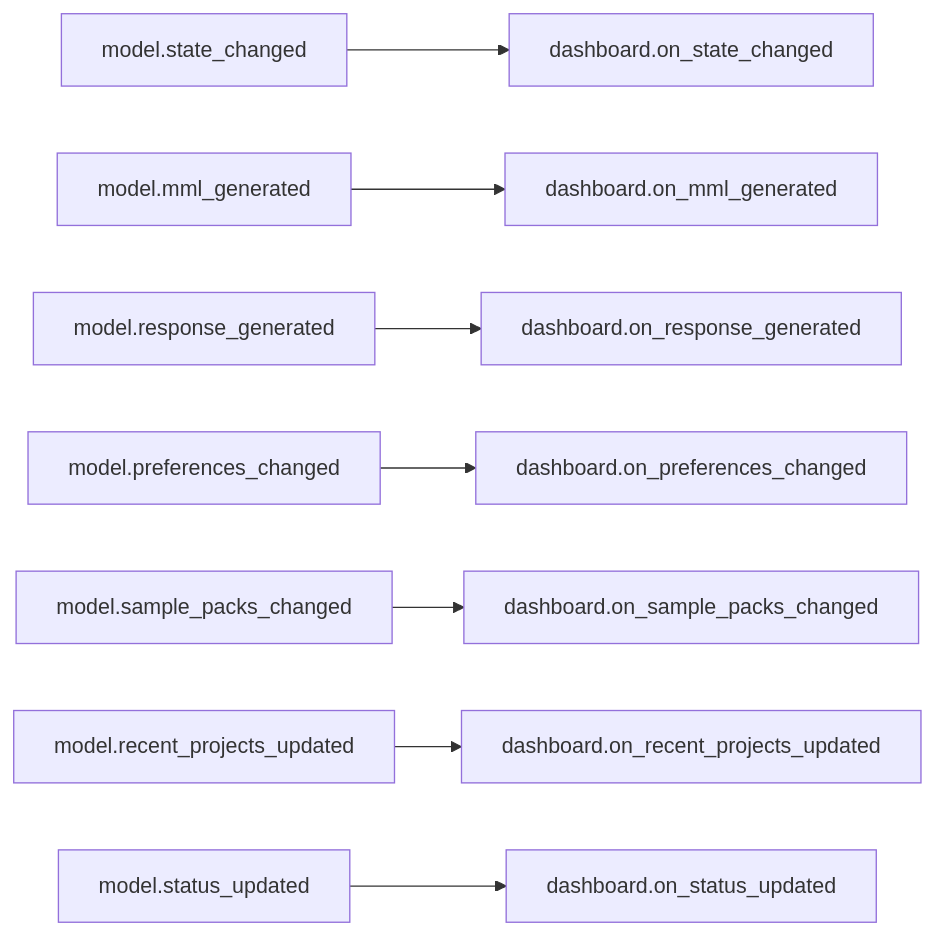
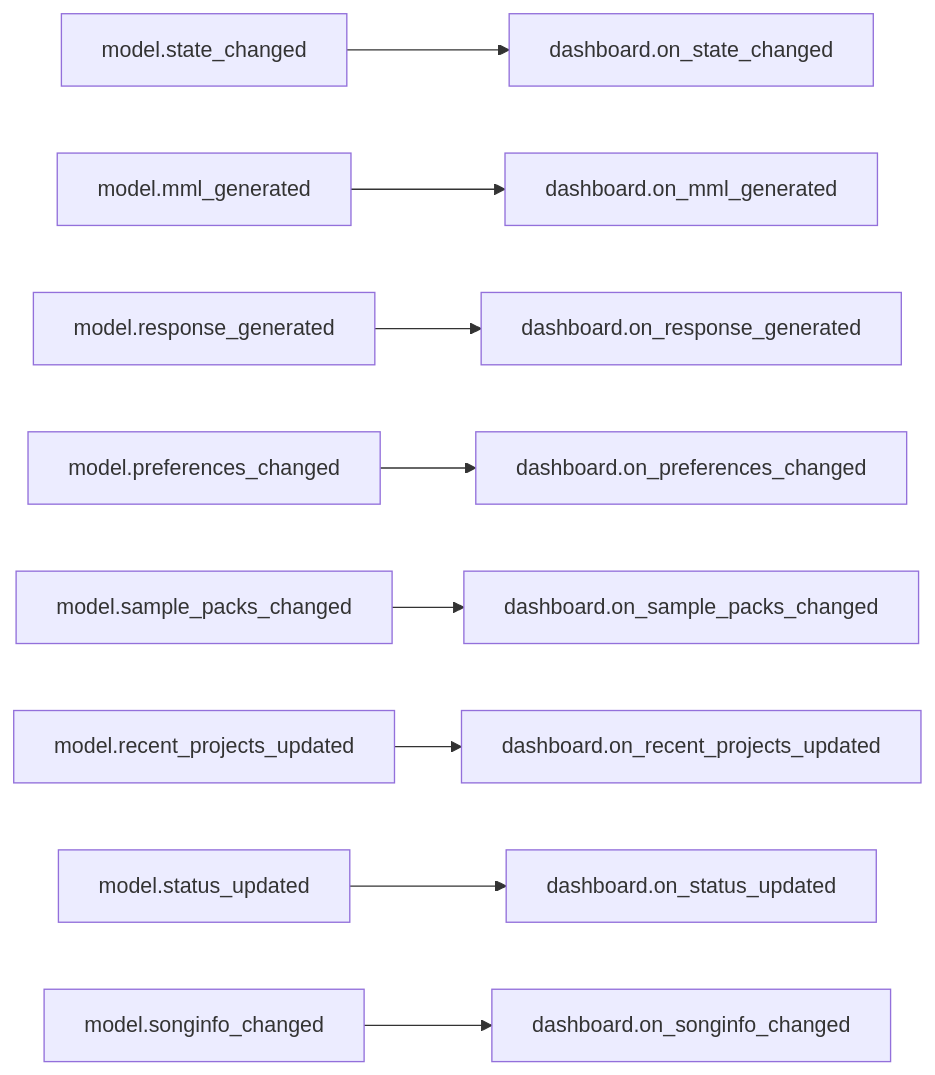
Before and after one commit to com-posers-pit/smw_music: the first of 10 diagrams in doc/source/dashboard_signal_slot_map.rst, drawn with Mermaid. The commit also changed 4 other files, not shown here.

```diff
--- a/doc/source/dashboard_signal_slot_map.rst
+++ b/doc/source/dashboard_signal_slot_map.rst
@@ -22,10 +22,11 @@
 .. mermaid::
 
    flowchart LR
       model.state_changed --> dashboard.on_state_changed
       model.mml_generated --> dashboard.on_mml_generated
       model.response_generated --> dashboard.on_response_generated
       model.preferences_changed --> dashboard.on_preferences_changed
       model.sample_packs_changed --> dashboard.on_sample_packs_changed
       model.recent_projects_updated --> dashboard.on_recent_projects_updated
       model.status_updated --> dashboard.on_status_updated
+      model.songinfo_changed --> dashboard.on_songinfo_changed
```
